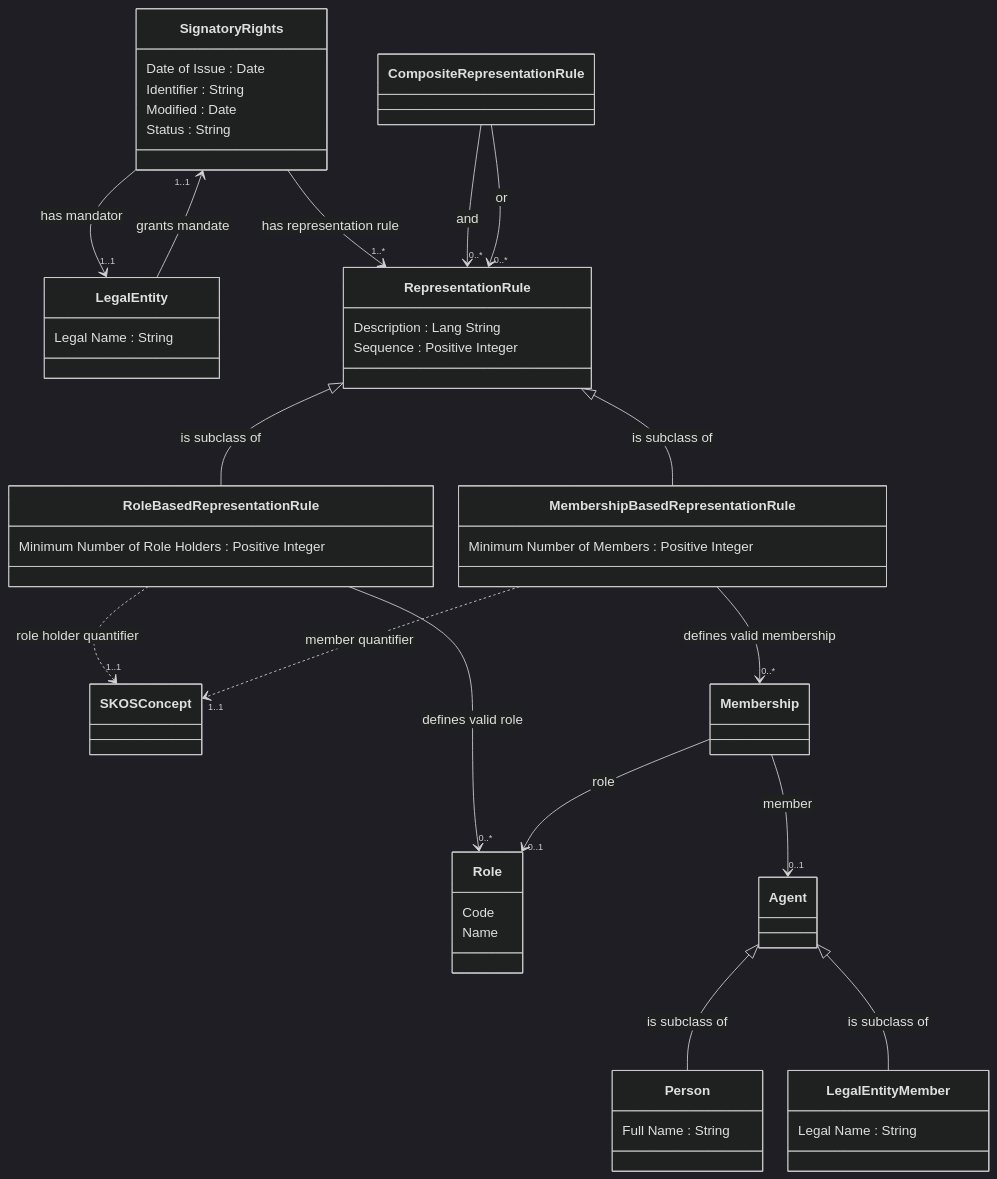
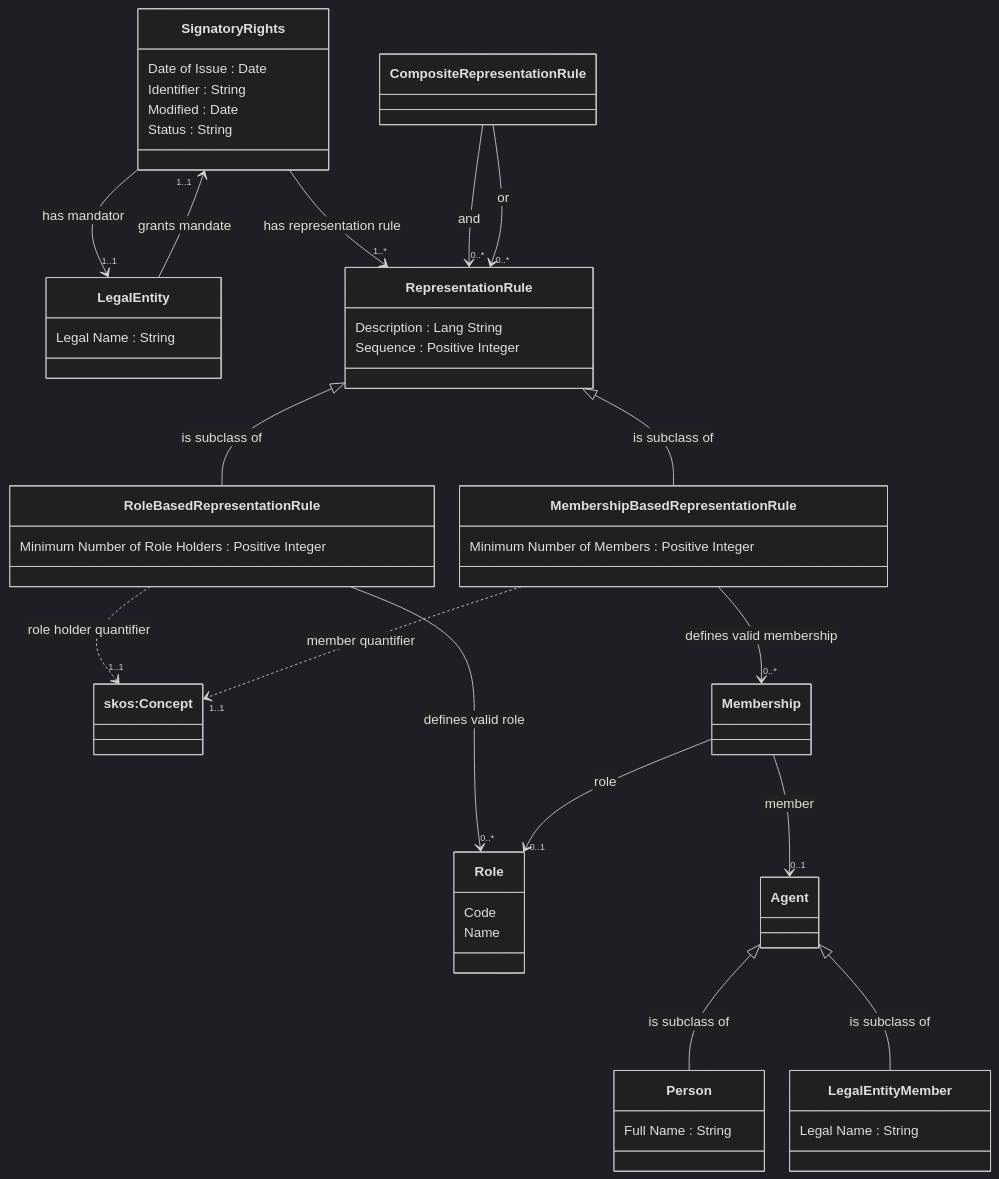
One commit to nordicsmartgovernment/Nordic-Signatory-Rights-Model changed the second of 2 diagrams in README.md. Above: the diagram before and after it, drawn with Mermaid (dark theme).

````diff
--- a/README.md
+++ b/README.md
@@ -69,75 +69,74 @@
 ```mermaid
  %%{init:{'flowchart':{'nodeSpacing': 30, 'rankSpacing': 95, 'htmlLabels': false}}}%%
     classDiagram
         class Signatory Rights {
             Date of Issue : Date
             Identifier : String
             Modified : Date
             Status : String
         }
 
         Signatory Rights --> "1..1" Legal Entity : has mandator
         Signatory Rights --> "1..*" Representation Rule : has representation rule
 
         class Legal Entity {
            Legal Name : String
         }
 
         Legal Entity --> "1..1" Signatory Rights:grants mandate
 
         class Representation Rule {
            Description : Lang String
            Sequence : Positive Integer
         }
 
         class Role Based Representation Rule {
            Minimum Number of Role Holders : Positive Integer
         }
 
         Role Based Representation Rule --> "0..*" Role : defines valid role
         Role Based Representation Rule ..> "1..1" SKOSConcept : role holder quantifier
 
         class Membership Based Representation Rule {
            Minimum Number of Members : Positive Integer
         }
 
         Membership Based Representation Rule --> "0..*" Membership : defines valid membership
         Membership Based Representation Rule ..> "1..1" SKOSConcept : member quantifier
 
         class Composite Representation Rule {
         }
 
         Composite Representation Rule --> "0..*" Representation Rule : and
         Composite Representation Rule --> "0..*" Representation Rule : or
 
         class Agent {
         }
 
         class Role {
            Code
            Name
         }
 
         class Membership {
         }
 
         Membership --> "0..1" Role : role
         Membership --> "0..1" Agent : member
 
         class Person {
            Full Name : String
         }
 
         class Legal Entity Member {
            Legal Name : String
         }
 
-
-        class SKOSConcept {
+        class SKOSConcept["skos:Concept"] {
         }
 
         Representation Rule <|-- Role Based Representation Rule : is subclass of
         Representation Rule <|-- Membership Based Representation Rule : is subclass of
         Agent <|-- Person : is subclass of
         Agent <|-- Legal Entity Member : is subclass of
 ```
````
